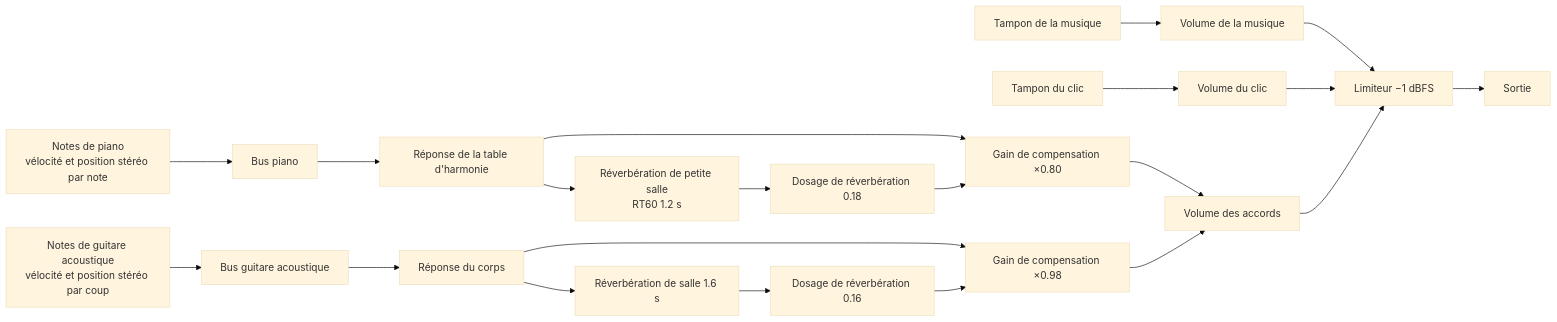
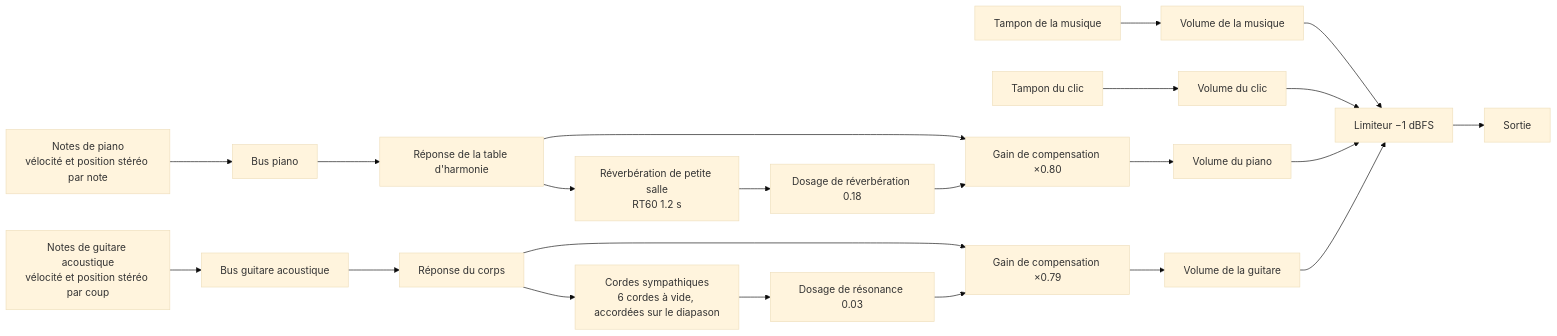
The third of 3 diagrams in README.fr.md (Velvitty/Chordity), drawn with Mermaid (base theme) before and after one commit. The commit also changed other lines of this file and 9 other files, not shown here.

````diff
--- a/README.fr.md
+++ b/README.fr.md
@@ -1419,17 +1419,18 @@
 ```mermaid
 flowchart LR
   M["Tampon de la musique"] --> GM["Volume de la musique"]
   C["Tampon du clic"] --> GC["Volume du clic"]
   P["Notes de piano<br/>vélocité et position stéréo par note"] --> PB["Bus piano"] --> SB["Réponse de la table d'harmonie"]
   SB --> MP["Gain de compensation ×0.80"]
   SB --> RP["Réverbération de petite salle<br/>RT60 1.2 s"] --> WP["Dosage de réverbération 0.18"] --> MP
   G["Notes de guitare acoustique<br/>vélocité et position stéréo par coup"] --> GB["Bus guitare acoustique"] --> BD["Réponse du corps"]
-  BD --> MG["Gain de compensation ×0.98"]
-  BD --> RG["Réverbération de salle 1.6 s"] --> WG["Dosage de réverbération 0.16"] --> MG
-  MP --> GP["Volume des accords"]
-  MG --> GP
+  BD --> MG["Gain de compensation ×0.79"]
+  BD --> RG["Cordes sympathiques<br/>6 cordes à vide, accordées sur le diapason"] --> WG["Dosage de résonance 0.03"] --> MG
+  MP --> GP["Volume du piano"]
+  MG --> GG["Volume de la guitare"]
   GM --> L["Limiteur −1 dBFS"]
   GC --> L
   GP --> L
+  GG --> L
   L --> O["Sortie"]
 ```
````
